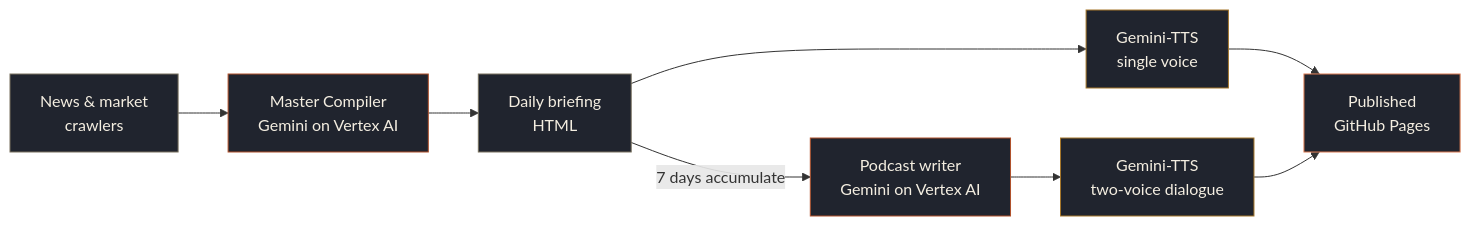
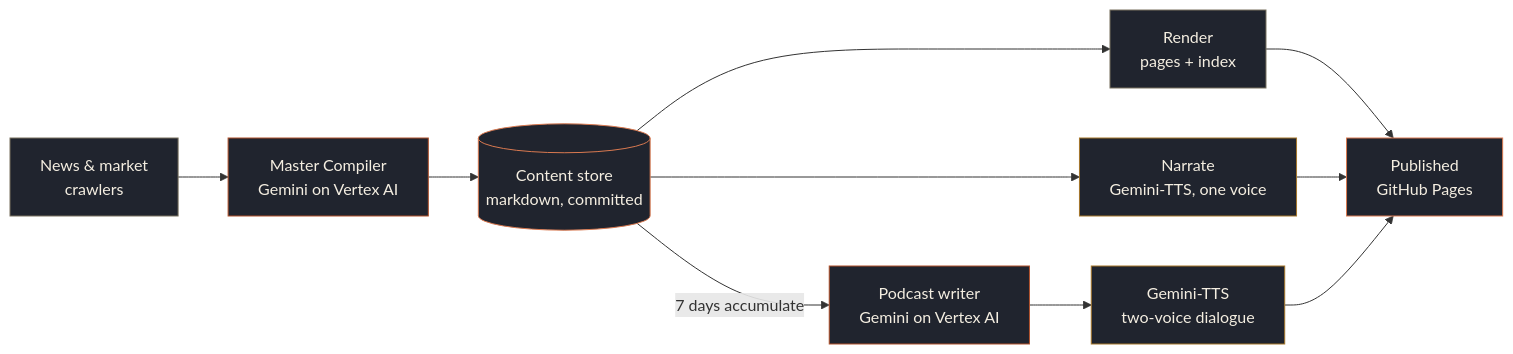
The diagram in README.md (nkhola/ainews), drawn with Mermaid before and after one commit. The commit also changed other lines of this file and 9 other files, not shown here.

First line of the commit message:
refactor: staged pipeline with committed content store

````diff
--- a/README.md
+++ b/README.md
@@ -45,17 +45,19 @@
 ```mermaid
 flowchart LR
     A[News & market<br>crawlers] --> B[Master Compiler<br>Gemini on Vertex AI]
-    B --> C[Daily briefing<br>HTML]
-    C --> D[Gemini-TTS<br>single voice]
+    B --> C[(Content store<br>markdown, committed)]
+    C --> R[Render<br>pages + index]
+    C --> D[Narrate<br>Gemini-TTS, one voice]
     C -->|7 days accumulate| E[Podcast writer<br>Gemini on Vertex AI]
     E --> F[Gemini-TTS<br>two-voice dialogue]
-    D & F --> G[Published<br>GitHub Pages]
+    R & D & F --> G[Published<br>GitHub Pages]
 
     style A fill:#20242e,stroke:#78715f,color:#f4eee1
     style B fill:#20242e,stroke:#b0512b,color:#f4eee1
-    style C fill:#20242e,stroke:#78715f,color:#f4eee1
+    style C fill:#20242e,stroke:#d97950,color:#f4eee1
+    style R fill:#20242e,stroke:#78715f,color:#f4eee1
     style D fill:#20242e,stroke:#a5762a,color:#f4eee1
     style E fill:#20242e,stroke:#b0512b,color:#f4eee1
     style F fill:#20242e,stroke:#a5762a,color:#f4eee1
     style G fill:#20242e,stroke:#d97950,color:#f4eee1
 ```
````
